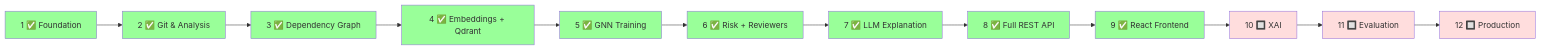
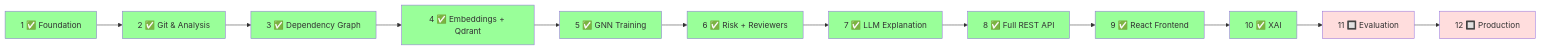
Before and after one commit to berkayvuranok/ImpactAI: diagram 16 of 16 in README.md, drawn with Mermaid. The commit also changed 22 other files, not shown here.

````diff
--- a/README.md
+++ b/README.md
@@ -472,30 +472,30 @@
 ```mermaid
 flowchart LR
     S1["1 ✅ Foundation"]
     S2["2 ✅ Git & Analysis"]
     S3["3 ✅ Dependency Graph"]
     S4["4 ✅ Embeddings + Qdrant"]
     S5["5 ✅ GNN Training"]
     S6["6 ✅ Risk + Reviewers"]
     S7["7 ✅ LLM Explanation"]
     S8["8 ✅ Full REST API"]
     S9["9 ✅ React Frontend"]
-    S10["10 🔲 XAI"]
+    S10["10 ✅ XAI"]
     S11["11 🔲 Evaluation"]
     S12["12 🔲 Production"]
 
     S1 --> S2 --> S3 --> S4 --> S5 --> S6 --> S7 --> S8 --> S9 --> S10 --> S11 --> S12
 
     style S1 fill:#9f9
     style S2 fill:#9f9
     style S3 fill:#9f9
     style S4 fill:#9f9
     style S5 fill:#9f9
     style S6 fill:#9f9
     style S7 fill:#9f9
     style S8 fill:#9f9
     style S9 fill:#9f9
-    style S10 fill:#fdd
+    style S10 fill:#9f9
     style S11 fill:#fdd
     style S12 fill:#fdd
 ```
````
